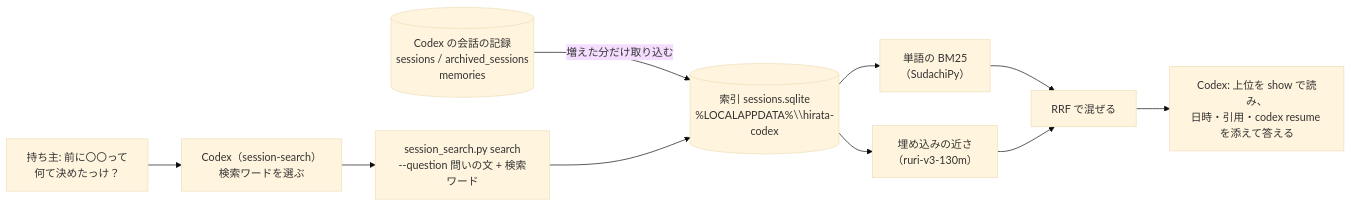
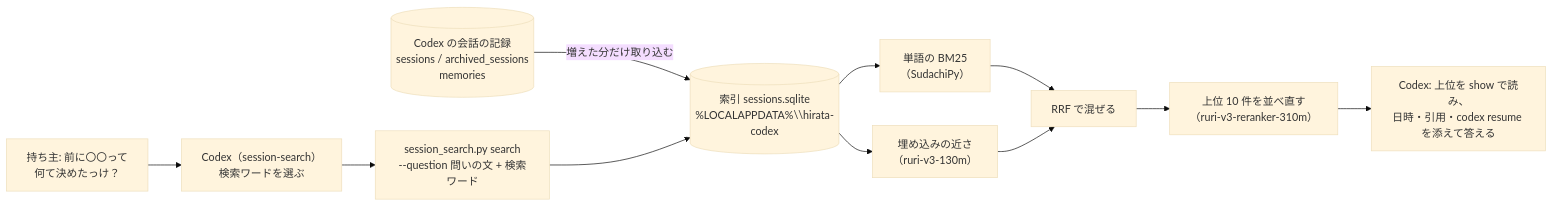
One commit to iroha924/dev-com changed the fifth of 7 diagrams in README.md. Above: the diagram before and after it, drawn with Mermaid (base theme). The commit also changed other lines of this file and 4 other files, not shown here.

Commit message:
feat: 会話の検索の上位を ruri-v3-reranker-310m で並べ直し、4 回目のレビューの指摘を直す（伏せ字、長い発言、fork、取り込みの例外、語句）

````diff
--- a/README.md
+++ b/README.md
@@ -248,12 +248,13 @@
 ```mermaid
 flowchart LR
     q["持ち主: 前に〇〇って<br/>何て決めたっけ？"] --> x["Codex（session-search）<br/>検索ワードを選ぶ"]
     x --> s["session_search.py search<br/>--question 問いの文 + 検索ワード"]
     r[("Codex の会話の記録<br/>sessions / archived_sessions<br/>memories")] -- "増えた分だけ取り込む" --> idx[("索引 sessions.sqlite<br/>%LOCALAPPDATA%\\hirata-codex")]
     s --> idx
     idx --> bm["単語の BM25<br/>（SudachiPy）"]
     idx --> em["埋め込みの近さ<br/>（ruri-v3-130m）"]
     bm --> f["RRF で混ぜる"]
     em --> f
-    f --> x2["Codex: 上位を show で読み、<br/>日時・引用・codex resume を添えて答える"]
+    f --> rr["上位 10 件を並べ直す<br/>（ruri-v3-reranker-310m）"]
+    rr --> x2["Codex: 上位を show で読み、<br/>日時・引用・codex resume を添えて答える"]
 ```
````
